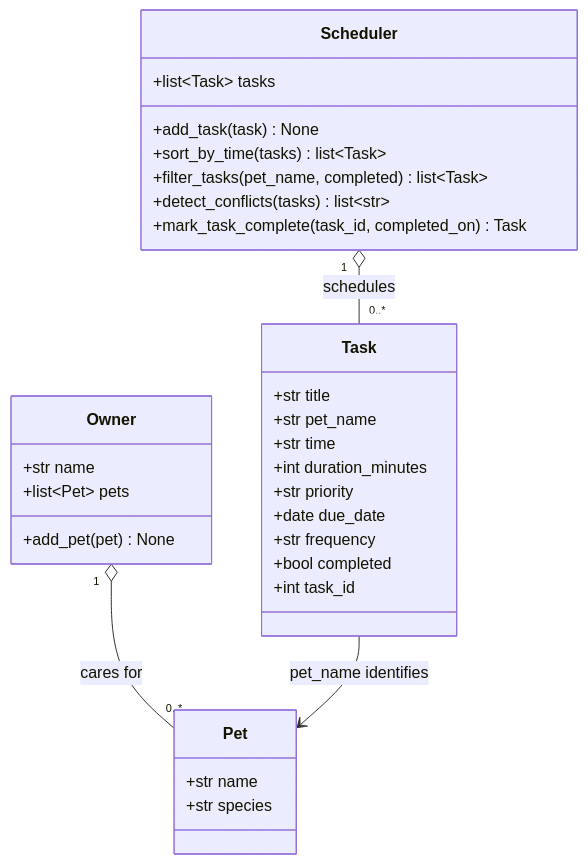
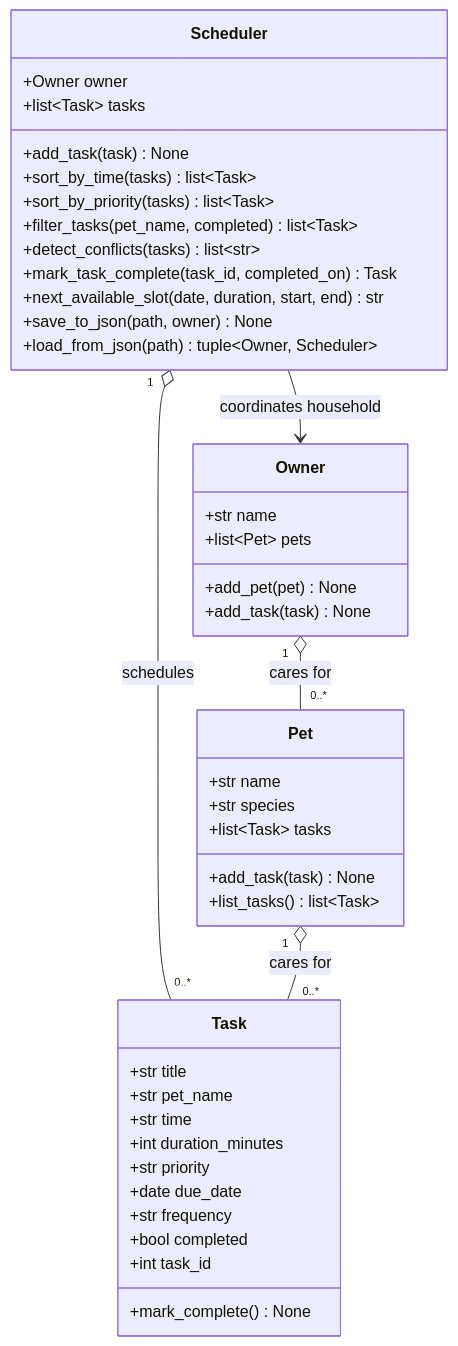
Before and after one commit to ImranMatin/ai110-module2show-pawpal-starter: the diagram in diagrams/uml_final.mmd, drawn with Mermaid. The commit also changed 8 other files, not shown here.

```diff
--- a/diagrams/uml_final.mmd
+++ b/diagrams/uml_final.mmd
@@ -1,36 +1,47 @@
 classDiagram
     class Owner {
         +str name
         +list~Pet~ pets
         +add_pet(pet) None
+        +add_task(task) None
     }
 
     class Pet {
         +str name
         +str species
+        +list~Task~ tasks
+        +add_task(task) None
+        +list_tasks() list~Task~
     }
 
     class Task {
         +str title
         +str pet_name
         +str time
         +int duration_minutes
         +str priority
         +date due_date
         +str frequency
         +bool completed
         +int task_id
+        +mark_complete() None
     }
 
     class Scheduler {
+        +Owner owner
         +list~Task~ tasks
         +add_task(task) None
         +sort_by_time(tasks) list~Task~
+        +sort_by_priority(tasks) list~Task~
         +filter_tasks(pet_name, completed) list~Task~
         +detect_conflicts(tasks) list~str~
         +mark_task_complete(task_id, completed_on) Task
+        +next_available_slot(date, duration, start, end) str
+        +save_to_json(path, owner) None
+        +load_from_json(path) tuple~Owner, Scheduler~
     }
 
     Owner "1" o-- "0..*" Pet : cares for
     Scheduler "1" o-- "0..*" Task : schedules
-    Task --> Pet : pet_name identifies
+    Pet "1" o-- "0..*" Task : cares for
+    Scheduler --> Owner : coordinates household
```
